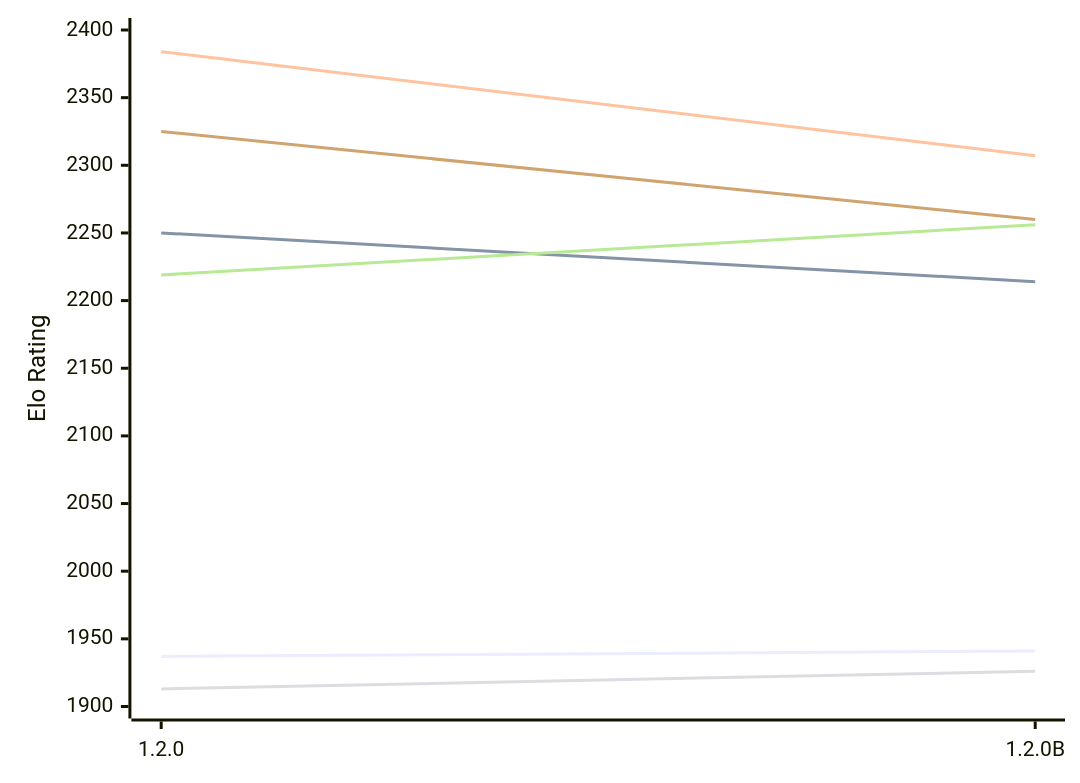
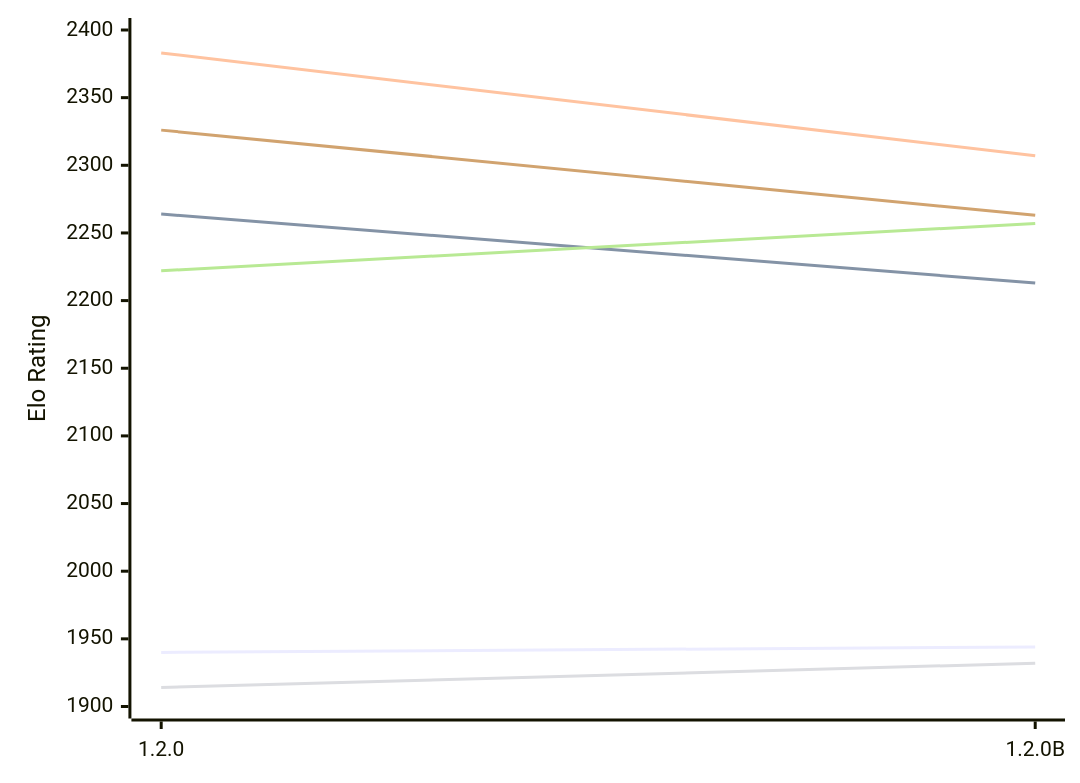
One commit to computer-chess-index/cci changed the first of 2 diagrams in engines/Soomi.md. Above: the diagram before and after it, drawn with Mermaid. The commit also changed other lines of this file, not shown here.

Commit message:
Update CCI Ratings (ELO VLTC) - 2026-11-24

````diff
--- a/engines/Soomi.md
+++ b/engines/Soomi.md
@@ -53,12 +53,12 @@
 ```mermaid
 %%{init: {"theme":"base","themeVariables":{"seriesColors:['#a3a3a3','#222221','#faa371']}}}%%
 xychart-beta
   x-axis ["1.2.0", "1.2.0B"]
   y-axis "Elo Rating" 1900 --> 2400
-  line "E1: STC (8.0+0.08s)" [1937, 1941]
-  line "E1: LTC (60.0+0.60s)" [2250, 2214]
-  line "E1: VLTC (2m24s+1.12s)" [2384, 2307]
-  line "P1: STC (8.0+0.08s)" [1913, 1926]
-  line "P1: LTC (60.0+0.60s)" [2219, 2256]
-  line "P1: VLTC (2m24s+1.12s)" [2325, 2260]
+  line "E1: STC (8.0+0.08s)" [1940, 1944]
+  line "E1: LTC (60.0+0.60s)" [2264, 2213]
+  line "E1: VLTC (2m24s+1.12s)" [2383, 2307]
+  line "P1: STC (8.0+0.08s)" [1914, 1932]
+  line "P1: LTC (60.0+0.60s)" [2222, 2257]
+  line "P1: VLTC (2m24s+1.12s)" [2326, 2263]
 ```
````
